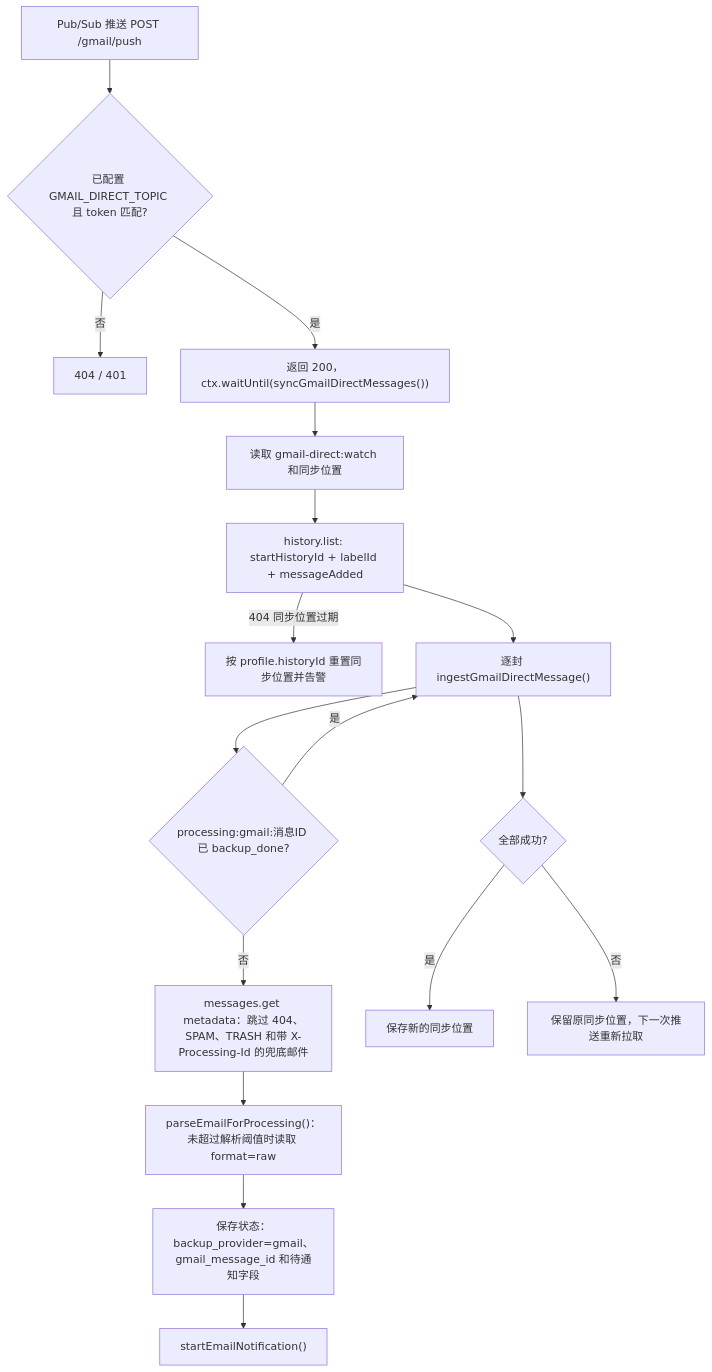
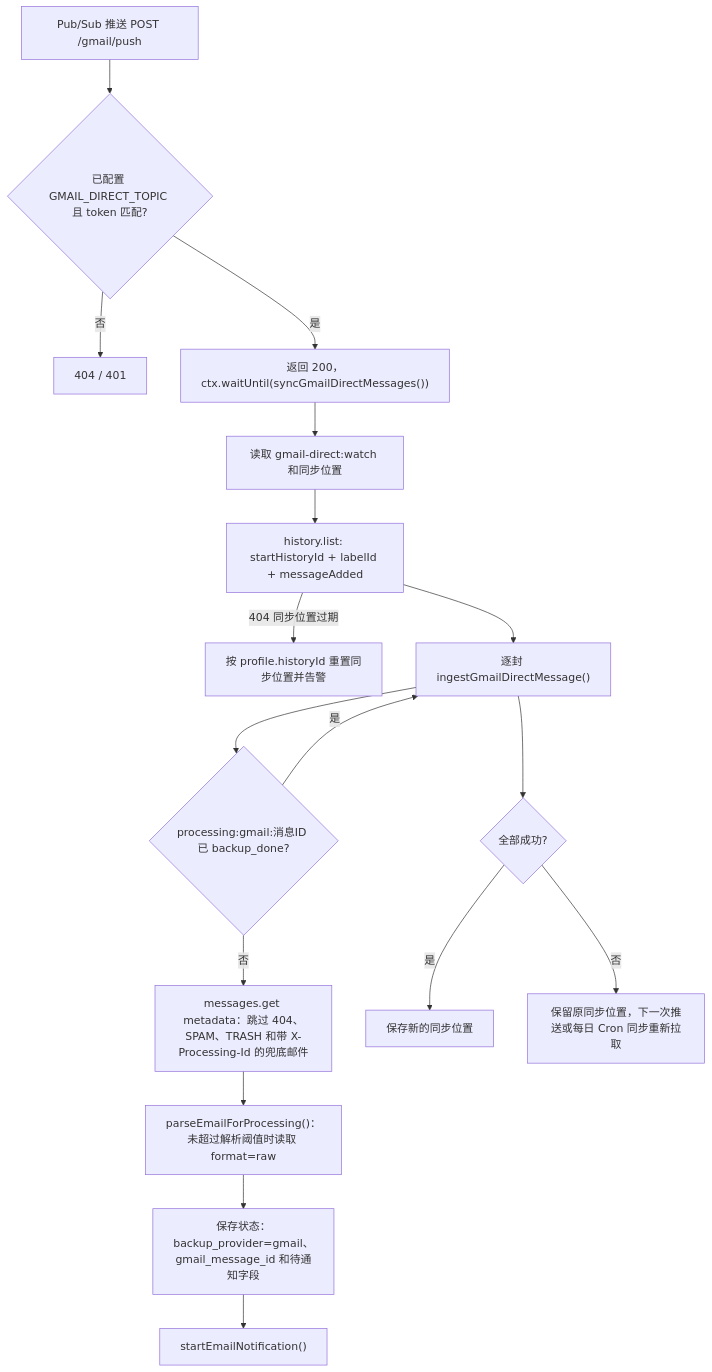
One commit to lainbo/synopsis changed the second of 3 diagrams in docs/ai-maintenance/architecture.md. Above: the diagram before and after it, drawn with Mermaid. The commit also changed other lines of this file and 8 other files, not shown here.

````diff
--- a/docs/ai-maintenance/architecture.md
+++ b/docs/ai-maintenance/architecture.md
@@ -68,19 +68,19 @@
 ```mermaid
 flowchart TD
   A["Pub/Sub 推送 POST /gmail/push"] --> B{"已配置 GMAIL_DIRECT_TOPIC 且 token 匹配?"}
   B -- "否" --> B1["404 / 401"]
   B -- "是" --> C["返回 200，ctx.waitUntil(syncGmailDirectMessages())"]
   C --> D["读取 gmail-direct:watch 和同步位置"]
   D --> E["history.list: startHistoryId + labelId + messageAdded"]
   E -- "404 同步位置过期" --> E1["按 profile.historyId 重置同步位置并告警"]
   E --> F["逐封 ingestGmailDirectMessage()"]
   F --> G{"processing:gmail:消息ID 已 backup_done?"}
   G -- "是" --> F
   G -- "否" --> H["messages.get metadata：跳过 404、SPAM、TRASH 和带 X-Processing-Id 的兜底邮件"]
   H --> I["parseEmailForProcessing()：未超过解析阈值时读取 format=raw"]
   I --> J["保存状态：backup_provider=gmail、gmail_message_id 和待通知字段"]
   J --> K["startEmailNotification()"]
   F --> L{"全部成功?"}
   L -- "是" --> M["保存新的同步位置"]
-  L -- "否" --> N["保留原同步位置，下一次推送重新拉取"]
+  L -- "否" --> N["保留原同步位置，下一次推送或每日 Cron 同步重新拉取"]
 ```
````
